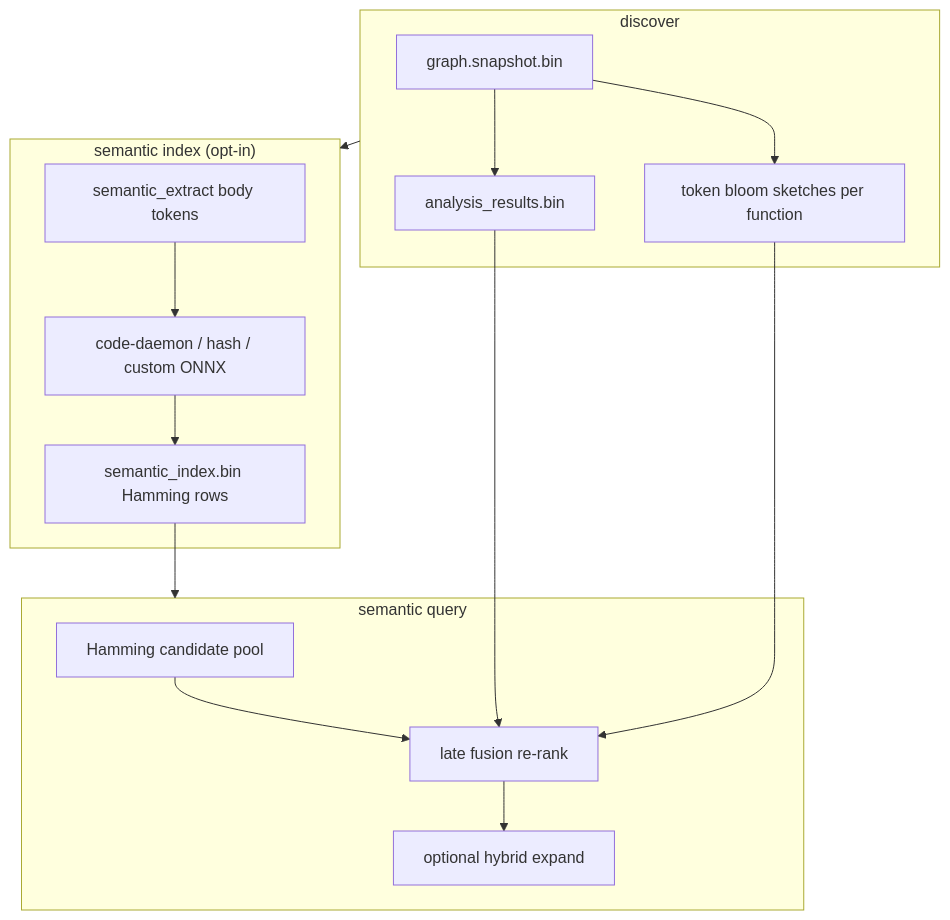
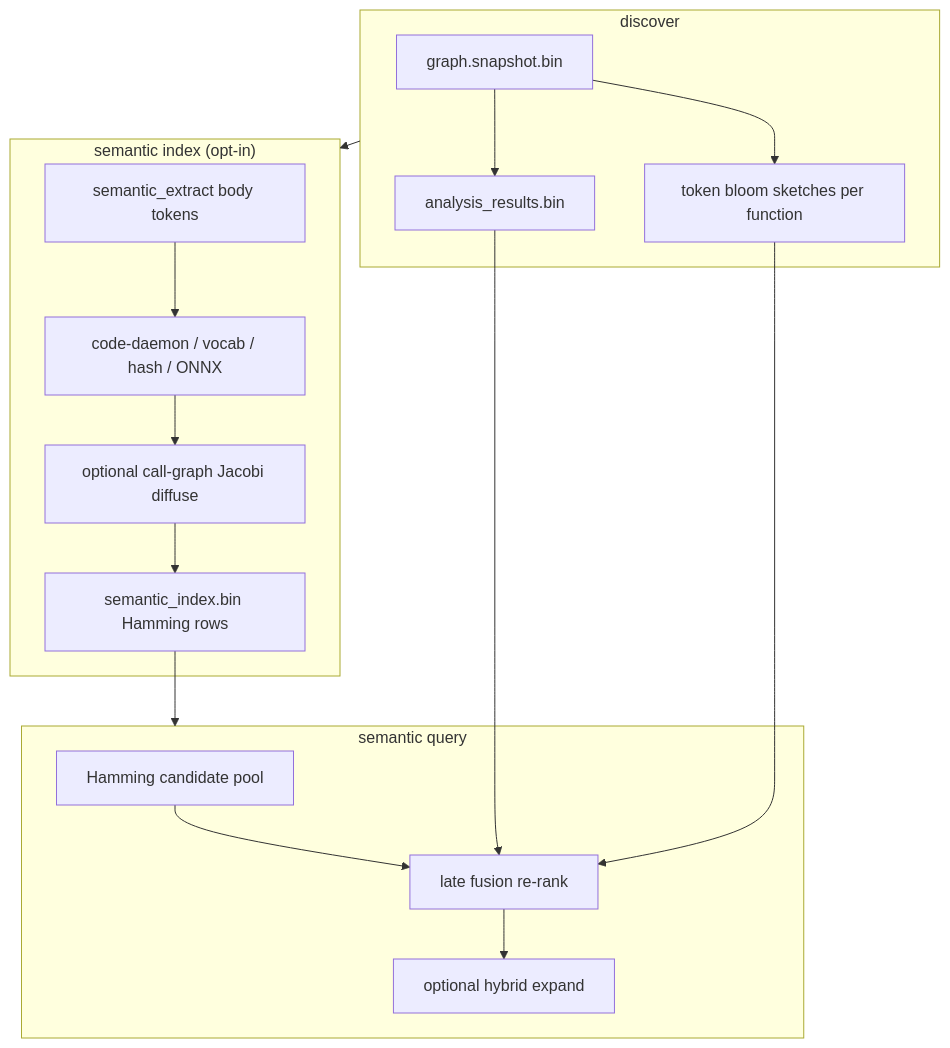
One commit to l3acon/rgctl changed the diagram in docs/design/semantic-search-design.md. Above: the diagram before and after it, drawn with Mermaid. The commit also changed other lines of this file and 13 other files, not shown here.

Commit message:
add semantic-vocab-diffuse

````diff
--- a/docs/design/semantic-search-design.md
+++ b/docs/design/semantic-search-design.md
@@ -26,29 +26,30 @@
 ```mermaid
 flowchart TB
   subgraph discover["discover"]
     G[graph.snapshot.bin]
     AR[analysis_results.bin]
     SK[token bloom sketches per function]
     G --> AR
     G --> SK
   end
 
   subgraph semantic_index["semantic index (opt-in)"]
     EX[semantic_extract body tokens]
-    EM[code-daemon / hash / custom ONNX]
+    EM[code-daemon / vocab / hash / ONNX]
+    DIF[optional call-graph Jacobi diffuse]
     BIN[semantic_index.bin Hamming rows]
-    EX --> EM --> BIN
+    EX --> EM --> DIF --> BIN
   end
 
   subgraph query["semantic query"]
     H[Hamming candidate pool]
     F[late fusion re-rank]
     HY[optional hybrid expand]
     H --> F --> HY
   end
 
   discover --> semantic_index
   BIN --> query
   AR --> F
   SK --> F
 ```
````
